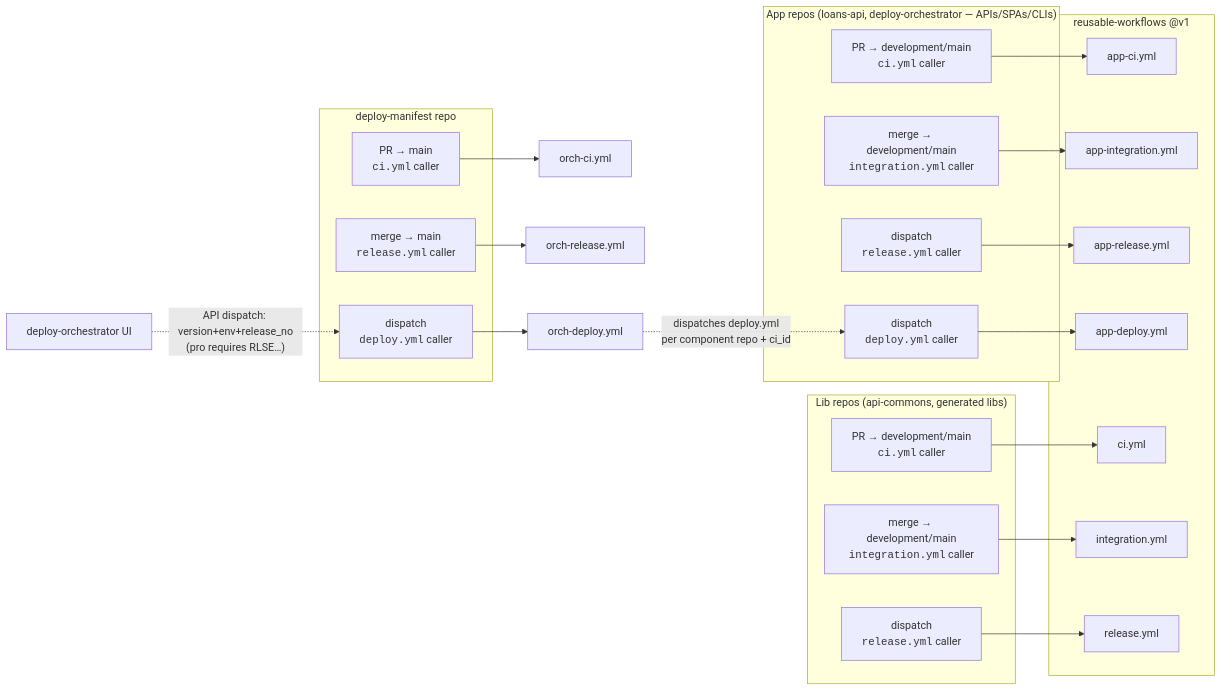
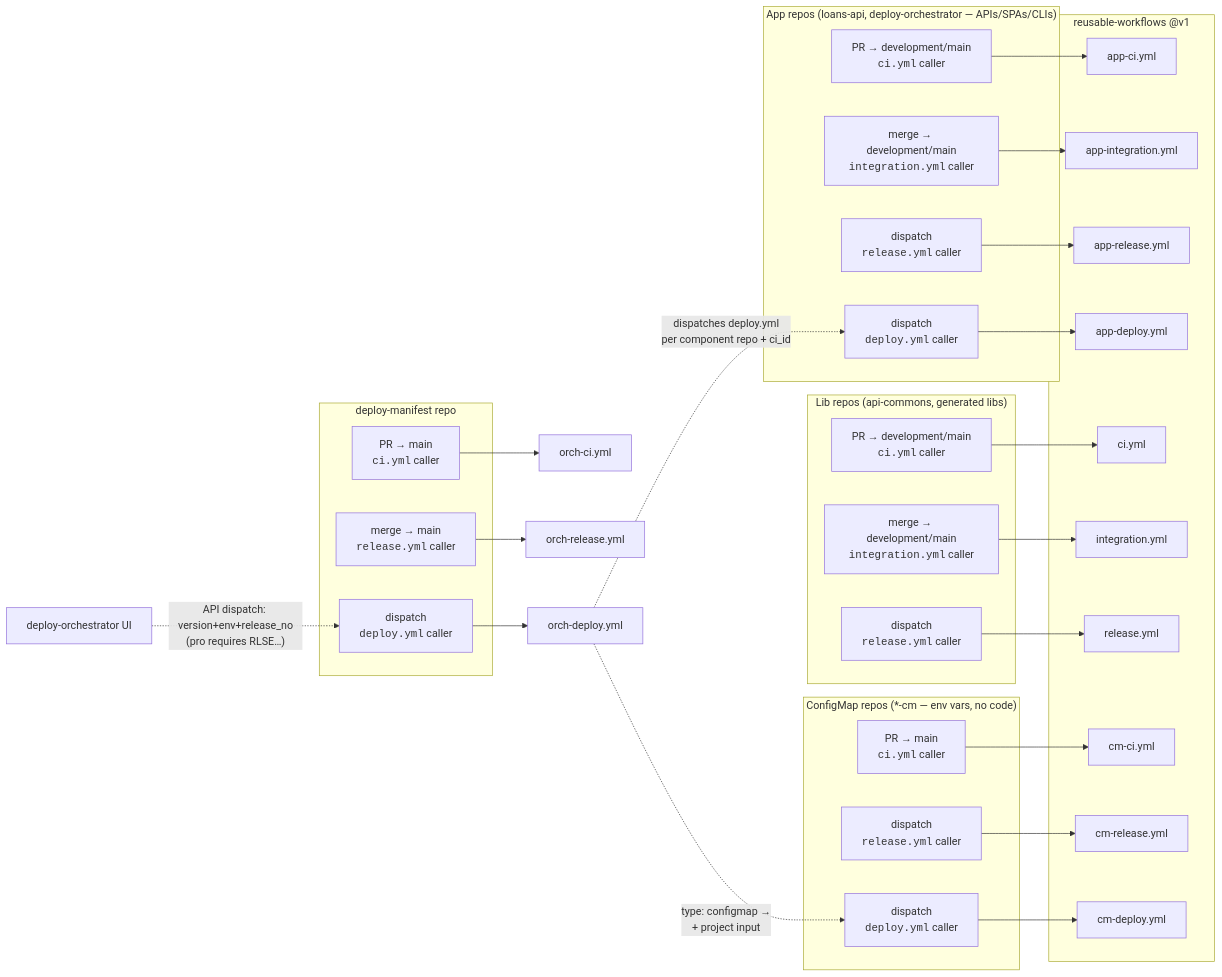
Before and after one commit to progmise/reusable-workflows: the first of 14 diagrams in docs/flows.md, drawn with Mermaid. The commit also changed other lines of this file and 9 other files, not shown here.

First line of the commit message:
configmap components: cm-* workflows + scripts + manifest type

````diff
--- a/docs/flows.md
+++ b/docs/flows.md
@@ -8,44 +8,56 @@
 ```mermaid
 flowchart LR
     subgraph API["App repos (loans-api, deploy-orchestrator — APIs/SPAs/CLIs)"]
         A_PR["PR → development/main<br/><code>ci.yml</code> caller"]
         A_PUSH["merge → development/main<br/><code>integration.yml</code> caller"]
         A_REL["dispatch<br/><code>release.yml</code> caller"]
         A_DEP["dispatch<br/><code>deploy.yml</code> caller"]
     end
     subgraph LIB["Lib repos (api-commons, generated libs)"]
         L_PR["PR → development/main<br/><code>ci.yml</code> caller"]
         L_PUSH["merge → development/main<br/><code>integration.yml</code> caller"]
         L_REL["dispatch<br/><code>release.yml</code> caller"]
     end
+    subgraph CM["ConfigMap repos (*-cm — env vars, no code)"]
+        C_PR["PR → main<br/><code>ci.yml</code> caller"]
+        C_REL["dispatch<br/><code>release.yml</code> caller"]
+        C_DEP["dispatch<br/><code>deploy.yml</code> caller"]
+    end
     subgraph RW["reusable-workflows @v1"]
         RW_ACI[app-ci.yml]
         RW_AIN[app-integration.yml]
         RW_ARE[app-release.yml]
         RW_ADE[app-deploy.yml]
         RW_CI[ci.yml]
         RW_IN[integration.yml]
         RW_RE[release.yml]
+        RW_CCI[cm-ci.yml]
+        RW_CRE[cm-release.yml]
+        RW_CDE[cm-deploy.yml]
     end
     A_PR --> RW_ACI
     A_PUSH --> RW_AIN
     A_REL --> RW_ARE
     A_DEP --> RW_ADE
     L_PR --> RW_CI
     L_PUSH --> RW_IN
     L_REL --> RW_RE
+    C_PR --> RW_CCI
+    C_REL --> RW_CRE
+    C_DEP --> RW_CDE
     subgraph MAN["deploy-manifest repo"]
         M_PR["PR → main<br/><code>ci.yml</code> caller"]
         M_PUSH["merge → main<br/><code>release.yml</code> caller"]
         M_DEP["dispatch<br/><code>deploy.yml</code> caller"]
     end
     RW_OCI[orch-ci.yml]
     RW_ORE[orch-release.yml]
     RW_ODE[orch-deploy.yml]
     M_PR --> RW_OCI
     M_PUSH --> RW_ORE
     M_DEP --> RW_ODE
     RW_ODE -. "dispatches deploy.yml<br/>per component repo + ci_id" .-> A_DEP
+    RW_ODE -. "type: configmap →<br/>+ project input" .-> C_DEP
     DASH["deploy-orchestrator UI"]
     DASH -. "API dispatch: version+env+release_no<br/>(pro requires RLSE…)" .-> M_DEP
 ```
````
